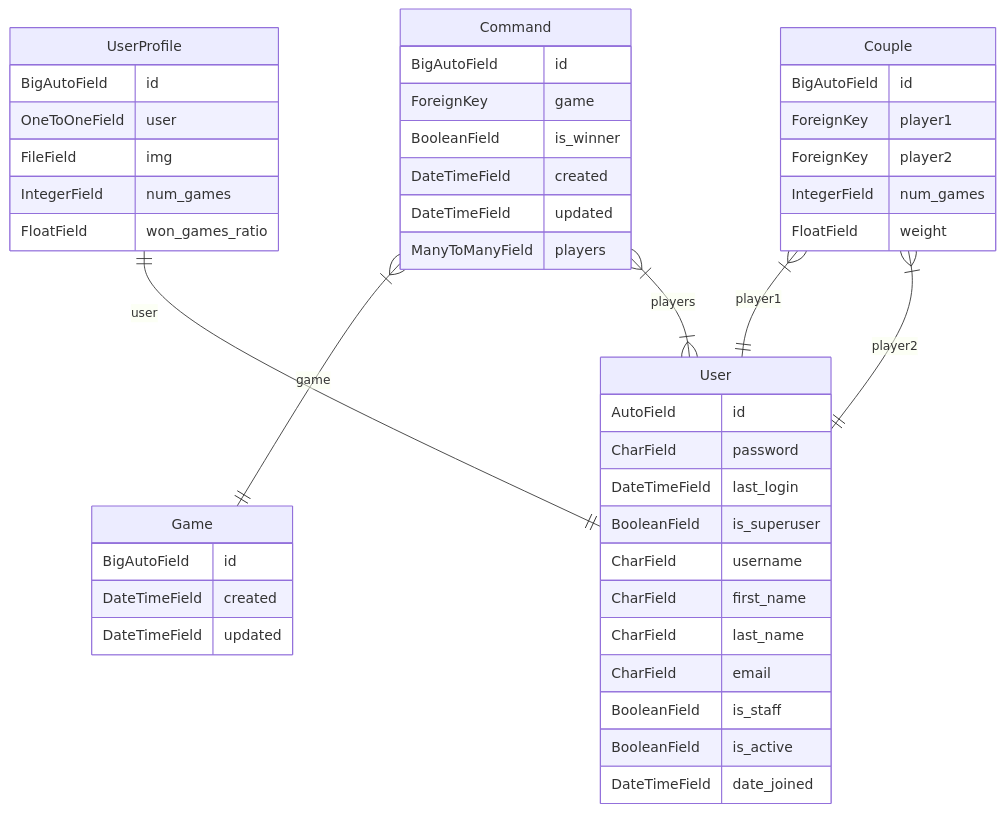
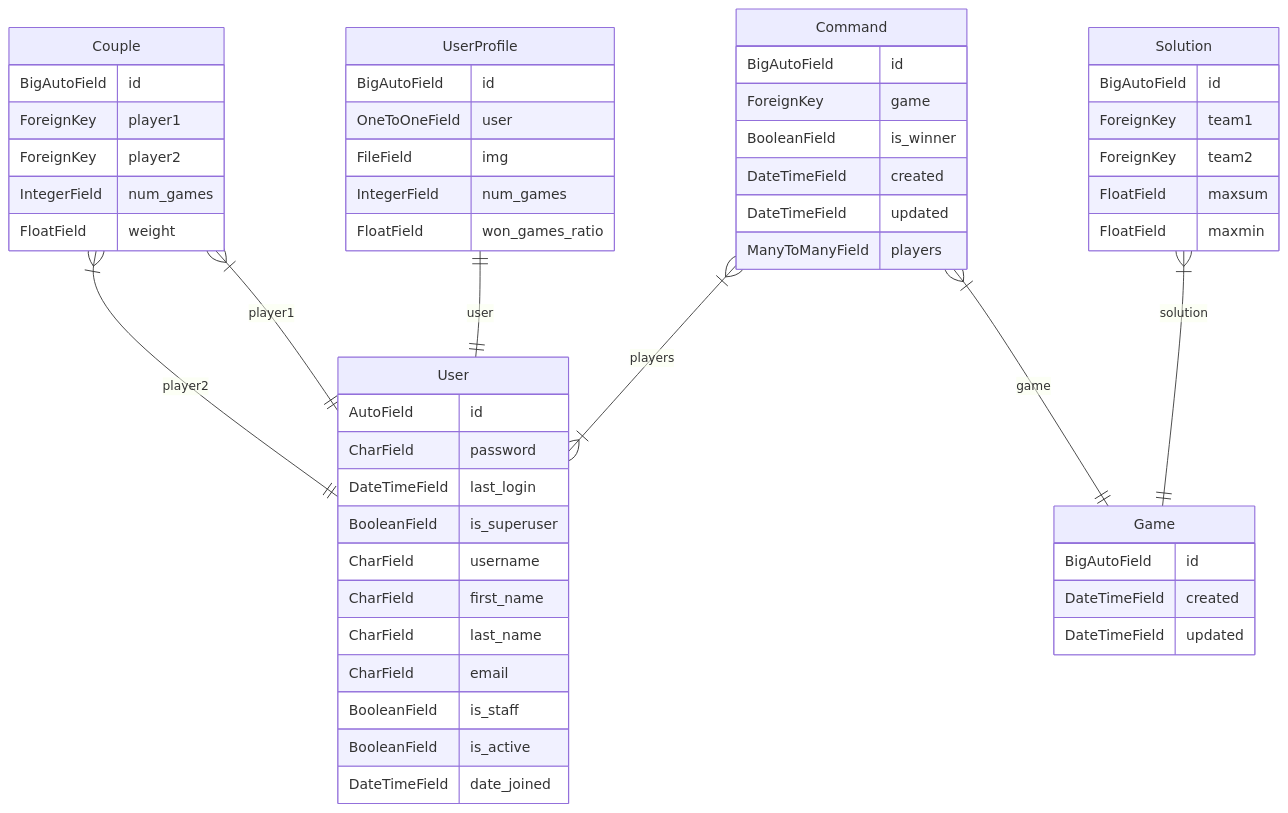
The diagram in uml_diagram.md (an-2-an/data), drawn with Mermaid before and after one commit.

````diff
--- a/uml_diagram.md
+++ b/uml_diagram.md
@@ -1,51 +1,59 @@
 ```mermaid
 ---
 Django ER Diagram
 ---
 erDiagram
 User {
     AutoField id
     CharField password
     DateTimeField last_login
     BooleanField is_superuser
     CharField username
     CharField first_name
     CharField last_name
     CharField email
     BooleanField is_staff
     BooleanField is_active
     DateTimeField date_joined
 }
 UserProfile {
     BigAutoField id
     OneToOneField user
     FileField img
     IntegerField num_games
     FloatField won_games_ratio
 }
 Command {
     BigAutoField id
     ForeignKey game
     BooleanField is_winner
     DateTimeField created
     DateTimeField updated
     ManyToManyField players
 }
 Game {
     BigAutoField id
     DateTimeField created
     DateTimeField updated
 }
 Couple {
     BigAutoField id
     ForeignKey player1
     ForeignKey player2
     IntegerField num_games
     FloatField weight
 }
+Solution {
+    BigAutoField id
+    ForeignKey team1
+    ForeignKey team2
+    FloatField maxsum
+    FloatField maxmin
+}
 UserProfile ||--|| User : user
 Command }|--|| Game : game
 Command }|--|{ User : players
 Couple }|--|| User : player1
 Couple }|--|| User : player2
+Solution }|--|| Game : solution
 ```
````
